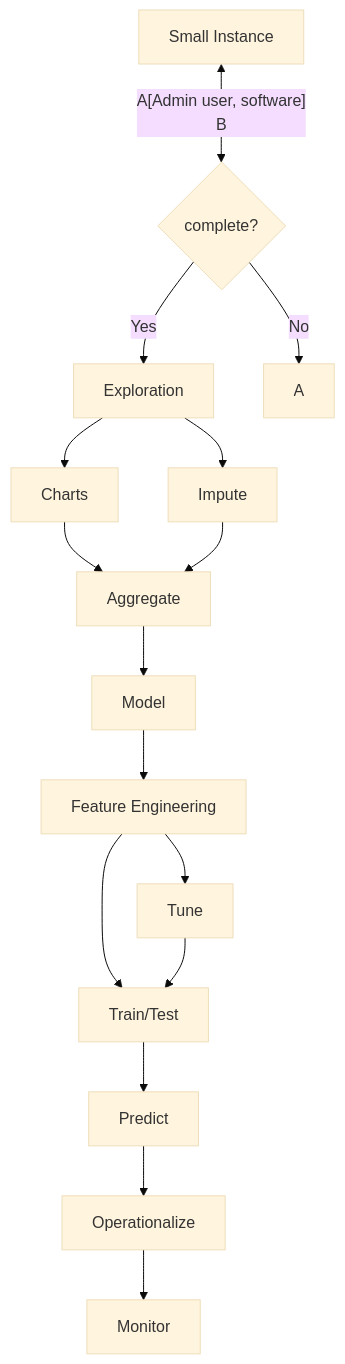
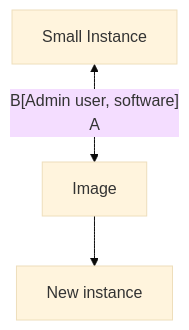
One commit to AntibodyEngineers/2024-Antibodies-and-AI changed the diagram in getting-started.md. Above: the diagram before and after it, drawn with Mermaid (base theme).

````diff
--- a/getting-started.md
+++ b/getting-started.md
@@ -7,20 +7,7 @@
 ```mermaid
     flowchart TD
     
-    B[Small Instance]<--A[Admin user, software]
-    B -->C{complete?}
-    C-->|Yes|D[Exploration]
-    C-->|No|A
-    D --> E[Charts]
-    D --> F[Impute]
-    E --> G[Aggregate]
-    F --> G
-    G --> H[Model]
-    H --> I[Feature Engineering]
-    I --> J[Train/Test]
-    I --> K[Tune]
-    K --> J
-    J --> L[Predict]
-    L --> M[Operationalize]
-    M --> N[Monitor]
+    A[Small Instance] <-- B[Admin user, software]
+    A-->C[Image] --> D[New instance]
+
 ```
````
